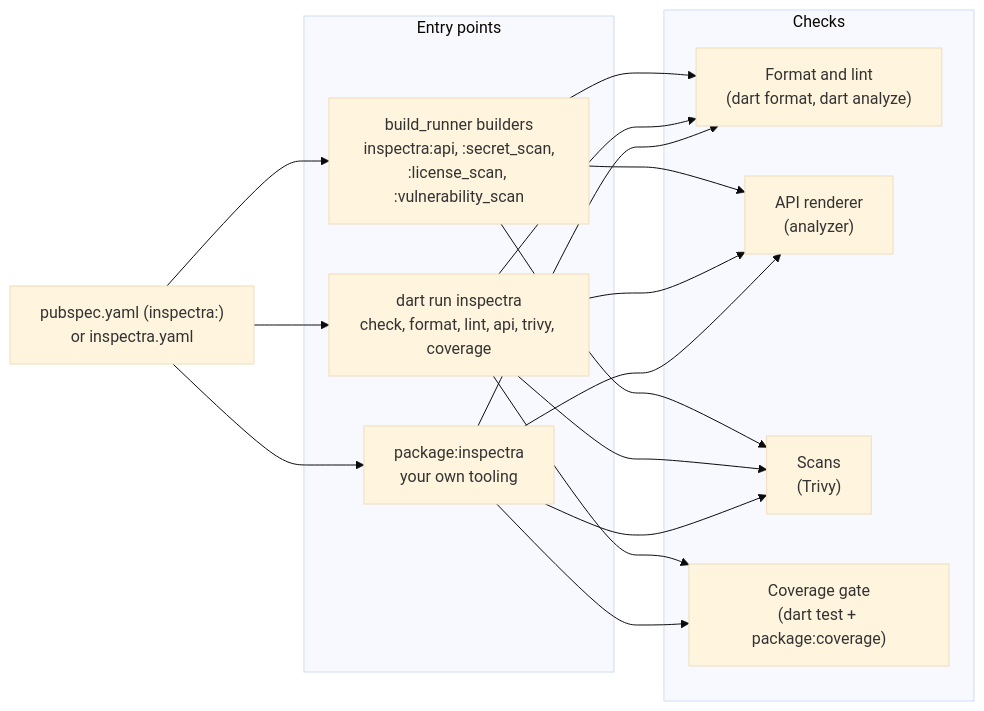
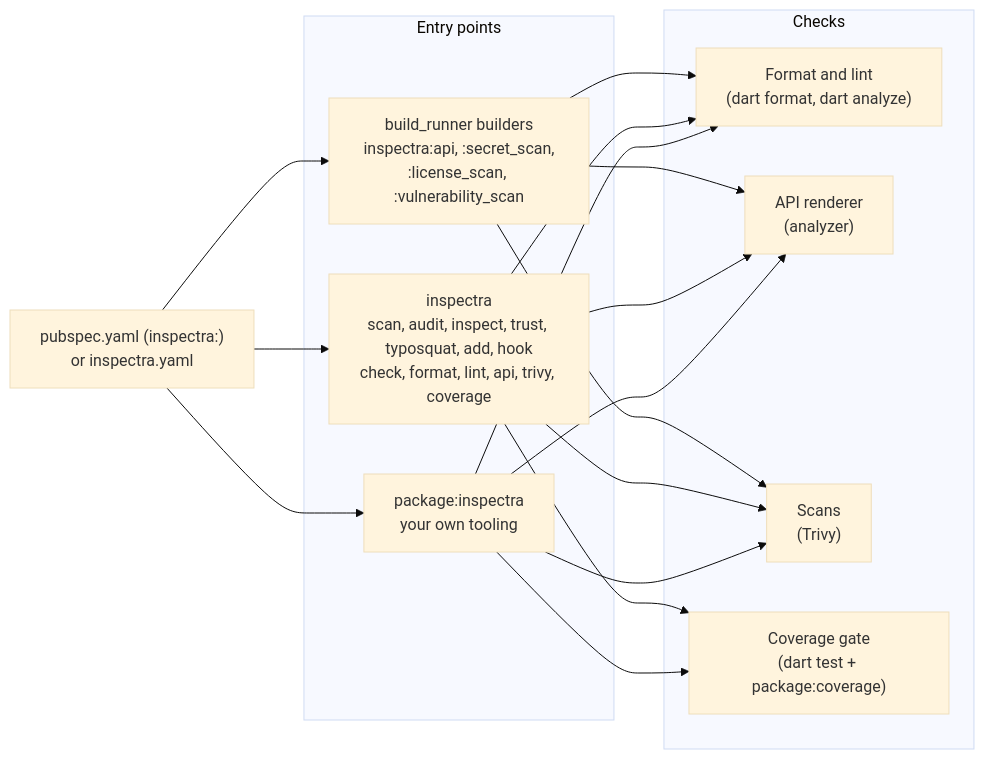
One commit to Dev-Redtronics/Inspectra changed the first of 3 diagrams in docs/topics/How-It-Works.md. Above: the diagram before and after it, drawn with Mermaid (base theme). The commit also changed other lines of this file and 15 other files, not shown here.

````diff
--- a/docs/topics/How-It-Works.md
+++ b/docs/topics/How-It-Works.md
@@ -14,29 +14,29 @@
 ```mermaid
 flowchart LR
     config["pubspec.yaml (inspectra:)<br/>or inspectra.yaml"]
     subgraph entry["Entry points"]
         builders["build_runner builders<br/>inspectra:api, :secret_scan,<br/>:license_scan, :vulnerability_scan"]
-        cli["dart run inspectra<br/>check, format, lint, api, trivy, coverage"]
+        cli["inspectra<br/>scan, audit, inspect, trust, typosquat, add, hook<br/>check, format, lint, api, trivy, coverage"]
         library["package:inspectra<br/>your own tooling"]
     end
     subgraph checks["Checks"]
         quality["Format and lint<br/>(dart format, dart analyze)"]
         api["API renderer<br/>(analyzer)"]
         scans["Scans<br/>(Trivy)"]
         coverage["Coverage gate<br/>(dart test + package:coverage)"]
     end
     config --> builders
     config --> cli
     config --> library
     builders --> quality
     builders --> api
     builders --> scans
     cli --> quality
     cli --> api
     cli --> scans
     cli --> coverage
     library --> quality
     library --> api
     library --> scans
     library --> coverage
 ```
````
